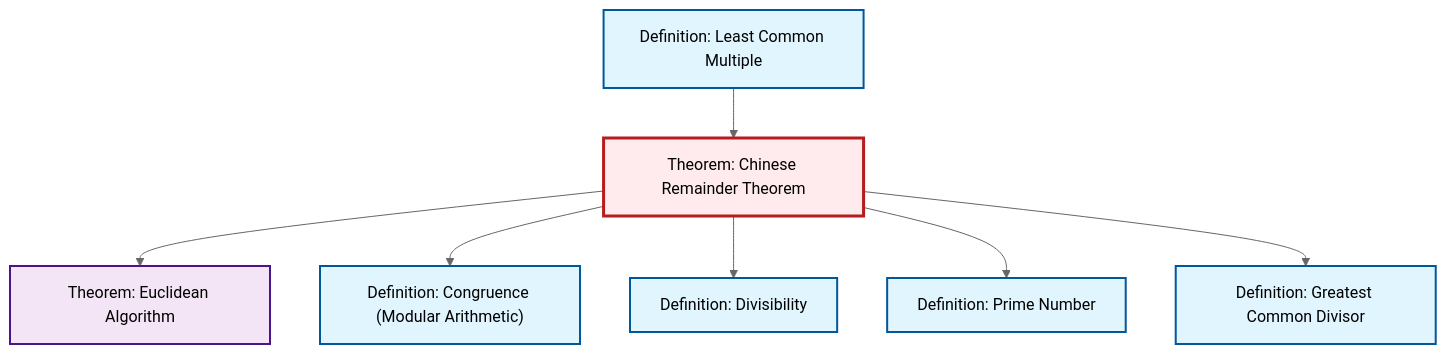
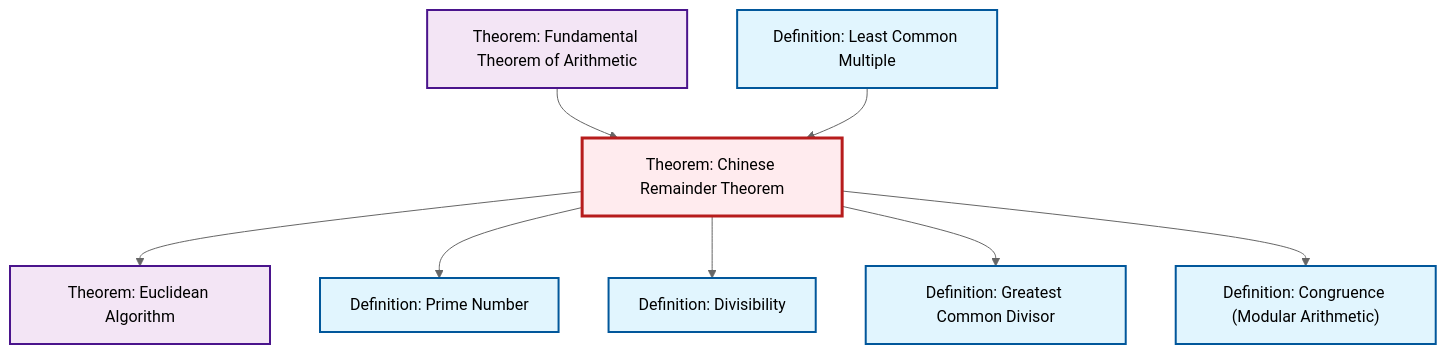
The diagram in content/en/number-theory/thm-chinese-remainder.qmd (RK0429/ModernMath), drawn with Mermaid (neutral theme) before and after one commit. The commit also changed 654 other files, not shown here.

````diff
--- a/content/en/number-theory/thm-chinese-remainder.qmd
+++ b/content/en/number-theory/thm-chinese-remainder.qmd
@@ -88,29 +88,32 @@
 ```{mermaid}
 %%| fig-cap: "Local dependency graph"
 graph TD
     classDef definition fill:#e1f5fe,stroke:#01579b,stroke-width:2px
     classDef theorem fill:#f3e5f5,stroke:#4a148c,stroke-width:2px
     classDef axiom fill:#fff3e0,stroke:#e65100,stroke-width:2px
     classDef example fill:#e8f5e9,stroke:#1b5e20,stroke-width:2px
     classDef current fill:#ffebee,stroke:#b71c1c,stroke-width:3px
+    thm-chinese-remainder["Theorem: Chinese Remainder Theorem"]:::theorem
+    thm-euclidean-algorithm["Theorem: Euclidean Algorithm"]:::theorem
     def-gcd["Definition: Greatest Common Divisor"]:::definition
+    def-divisibility["Definition: Divisibility"]:::definition
+    thm-fundamental-arithmetic["Theorem: Fundamental Theorem of Arithmetic"]:::theorem
     def-lcm["Definition: Least Common Multiple"]:::definition
+    def-prime["Definition: Prime Number"]:::definition
     def-congruence["Definition: Congruence (Modular Arithmetic)"]:::definition
-    def-divisibility["Definition: Divisibility"]:::definition
-    thm-chinese-remainder["Theorem: Chinese Remainder Theorem"]:::theorem
-    def-prime["Definition: Prime Number"]:::definition
-    thm-euclidean-algorithm["Theorem: Euclidean Algorithm"]:::theorem
+    thm-fundamental-arithmetic --> thm-chinese-remainder
     thm-chinese-remainder --> thm-euclidean-algorithm
-    thm-chinese-remainder --> def-congruence
-    thm-chinese-remainder --> def-divisibility
     thm-chinese-remainder --> def-prime
     def-lcm --> thm-chinese-remainder
+    thm-chinese-remainder --> def-divisibility
     thm-chinese-remainder --> def-gcd
+    thm-chinese-remainder --> def-congruence
     class thm-chinese-remainder current
+    click thm-euclidean-algorithm "thm-euclidean-algorithm.html" "Go to Euclidean Algorithm theorem"
     click def-gcd "def-gcd.html" "Go to Greatest Common Divisor definition"
+    click def-divisibility "def-divisibility.html" "Go to Divisibility definition"
+    click thm-fundamental-arithmetic "thm-fundamental-arithmetic.html" "Go to Fundamental Theorem of Arithmetic theorem"
     click def-lcm "def-lcm.html" "Go to Least Common Multiple definition"
+    click def-prime "def-prime.html" "Go to Prime Number definition"
     click def-congruence "def-congruence.html" "Go to Congruence (Modular Arithmetic) definition"
-    click def-divisibility "def-divisibility.html" "Go to Divisibility definition"
-    click def-prime "def-prime.html" "Go to Prime Number definition"
-    click thm-euclidean-algorithm "thm-euclidean-algorithm.html" "Go to Euclidean Algorithm theorem"
 ```
````
